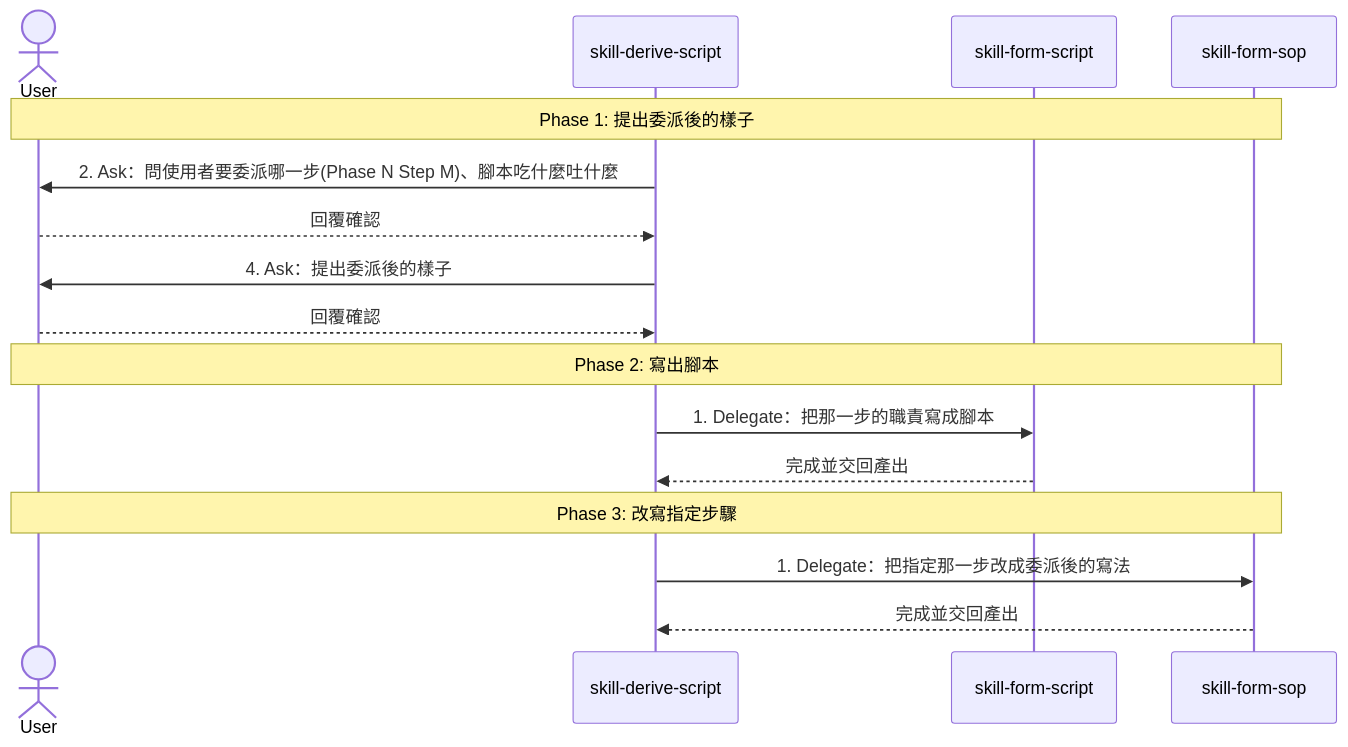
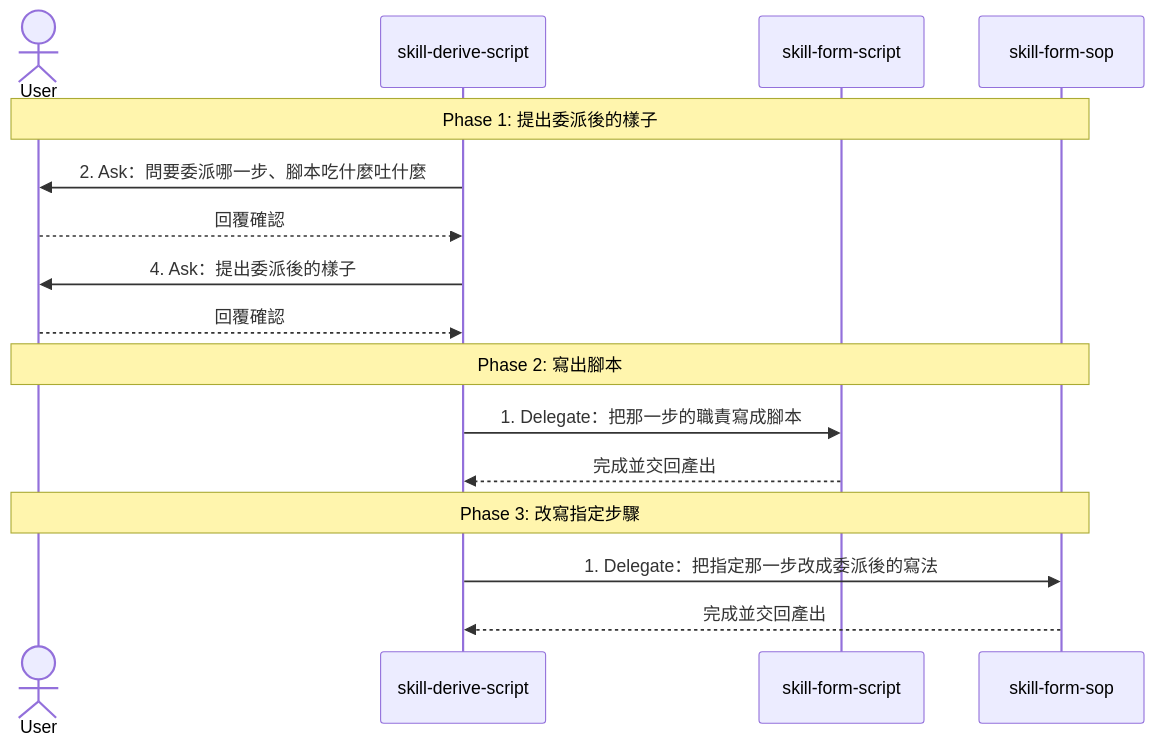
One commit to AI-x-BDD/BDGG-Dev-Skills changed the second of 2 diagrams in .claude/skills/skill-derive-script/SKILL.md. Above: the diagram before and after it, drawn with Mermaid. The commit also changed other lines of this file and 33 other files, not shown here.

````diff
--- a/.claude/skills/skill-derive-script/SKILL.md
+++ b/.claude/skills/skill-derive-script/SKILL.md
@@ -61,18 +61,18 @@
 ```mermaid
 sequenceDiagram
     actor User
     participant Main as skill-derive-script
     participant Sub_1 as skill-form-script
     participant Sub_2 as skill-form-sop
     Note over User,Sub_2: Phase 1: 提出委派後的樣子
-    Main->>User: 2. Ask：問使用者要委派哪一步(Phase N Step M)、腳本吃什麼吐什麼
+    Main->>User: 2. Ask：問要委派哪一步、腳本吃什麼吐什麼
     User-->>Main: 回覆確認
     Main->>User: 4. Ask：提出委派後的樣子
     User-->>Main: 回覆確認
     Note over User,Sub_2: Phase 2: 寫出腳本
     Main->>Sub_1: 1. Delegate：把那一步的職責寫成腳本
     Sub_1-->>Main: 完成並交回產出
     Note over User,Sub_2: Phase 3: 改寫指定步驟
     Main->>Sub_2: 1. Delegate：把指定那一步改成委派後的寫法
     Sub_2-->>Main: 完成並交回產出
 ```
````
